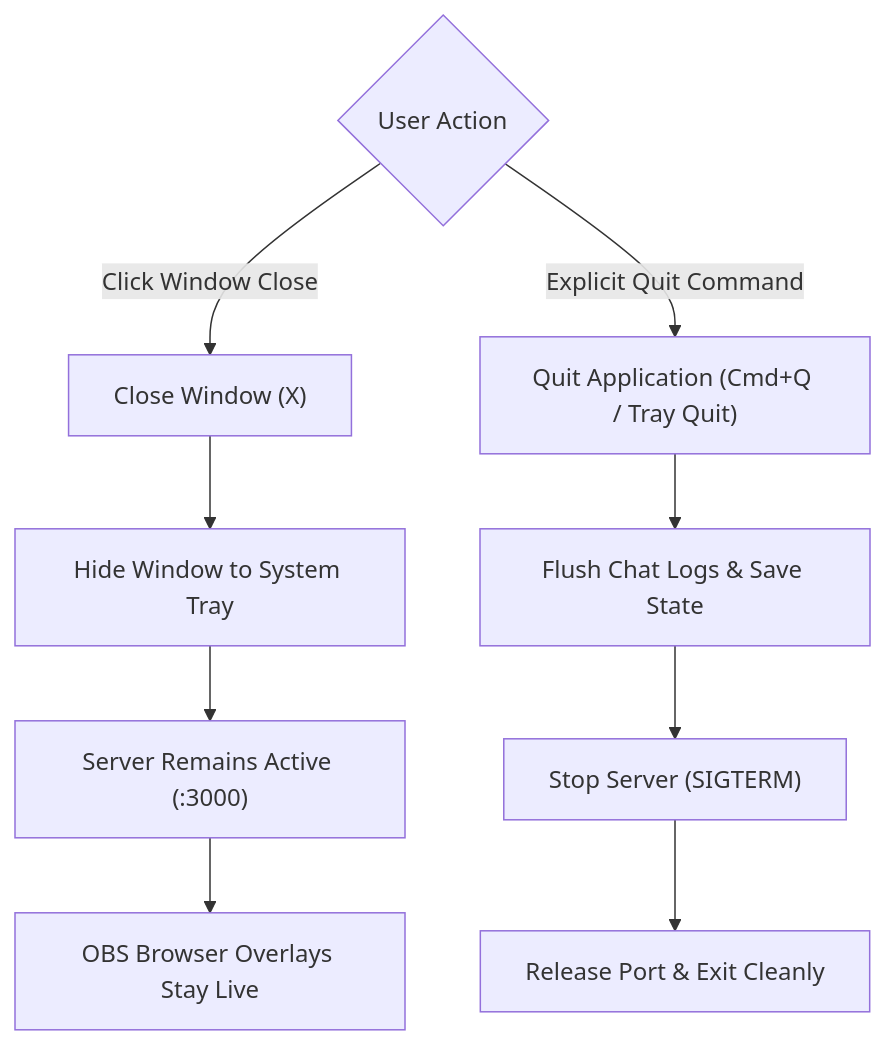
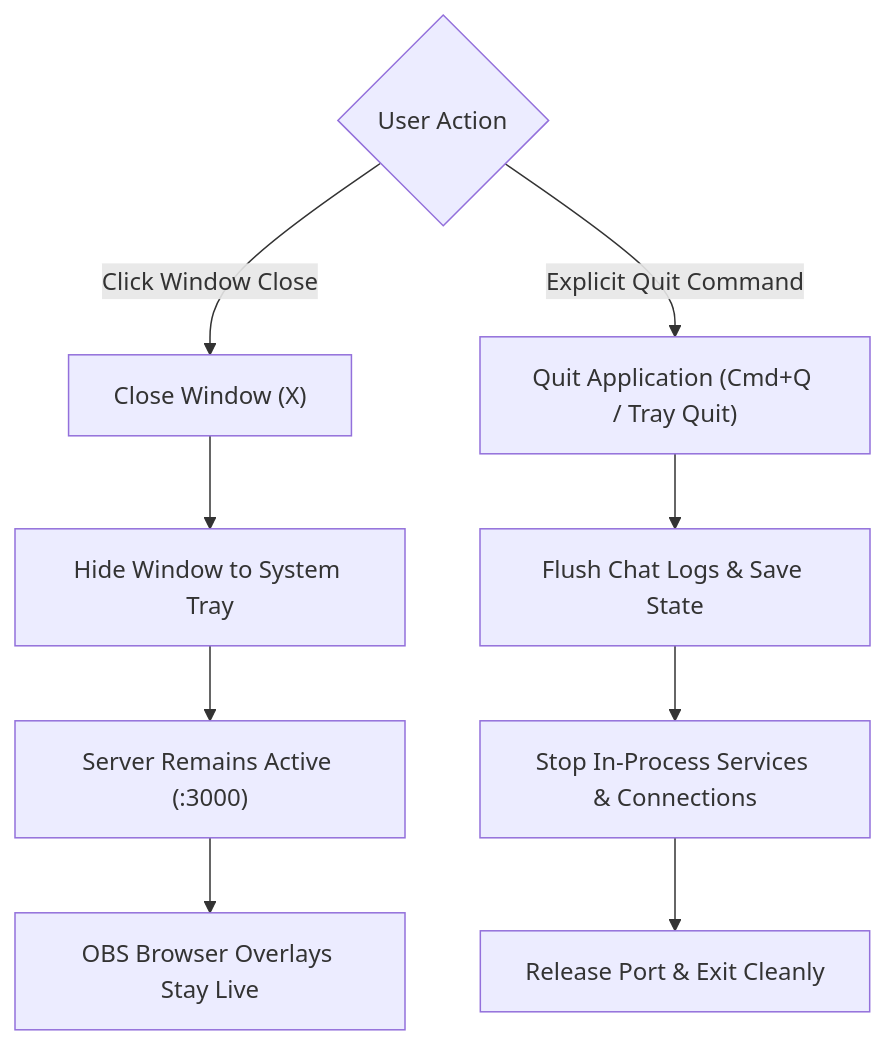
Before and after one commit to jarbochov/StreamPulse: the second of 2 diagrams in docs/desktop-app.md, drawn with Mermaid. The commit also changed other lines of this file and 22 other files, not shown here.

````diff
--- a/docs/desktop-app.md
+++ b/docs/desktop-app.md
@@ -84,18 +81,18 @@
 ```mermaid
 flowchart TD
     UserAction{"User Action"}
     
     CloseWindow["Close Window (X)"]
     QuitApp["Quit Application (Cmd+Q / Tray Quit)"]
     
     UserAction -->|Click Window Close| CloseWindow
     UserAction -->|Explicit Quit Command| QuitApp
     
     CloseWindow --> Hide["Hide Window to System Tray"]
     Hide --> ServerActive["Server Remains Active (:3000)"]
     ServerActive --> OBSLive["OBS Browser Overlays Stay Live"]
     
     QuitApp --> Flush["Flush Chat Logs & Save State"]
-    Flush --> StopServer["Stop Server (SIGTERM)"]
+    Flush --> StopServer["Stop In-Process Services & Connections"]
     StopServer --> FreePort["Release Port & Exit Cleanly"]
 ```
````
